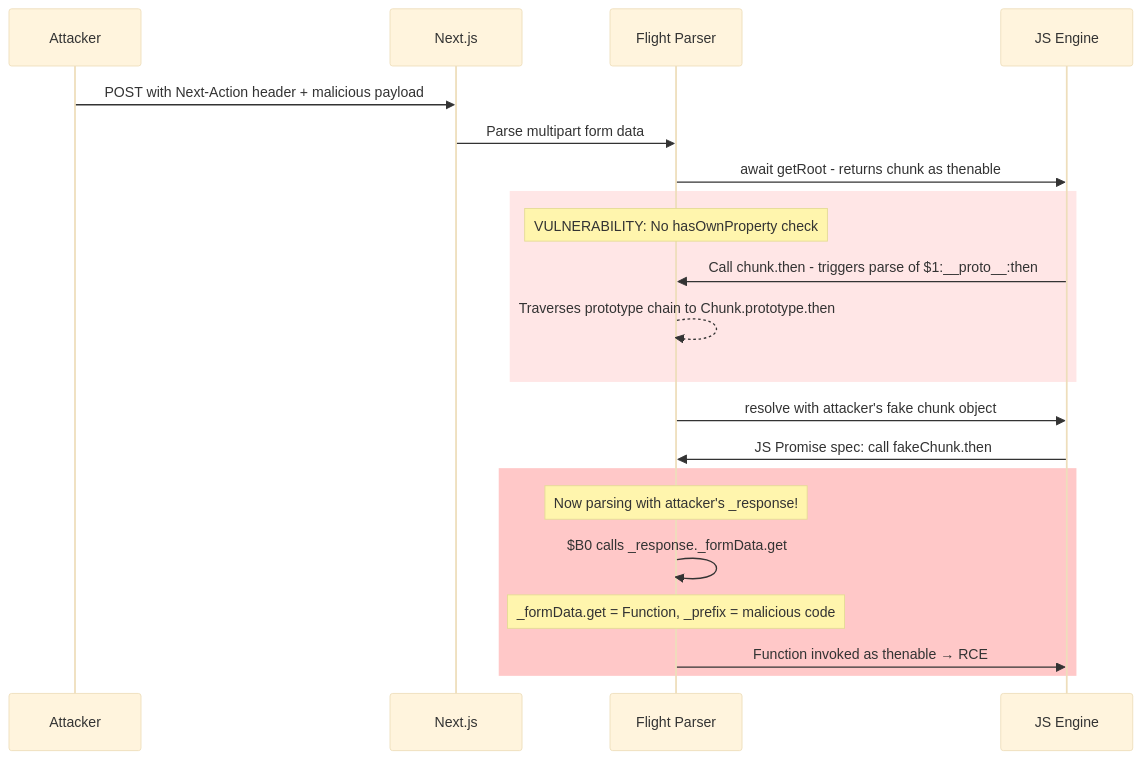
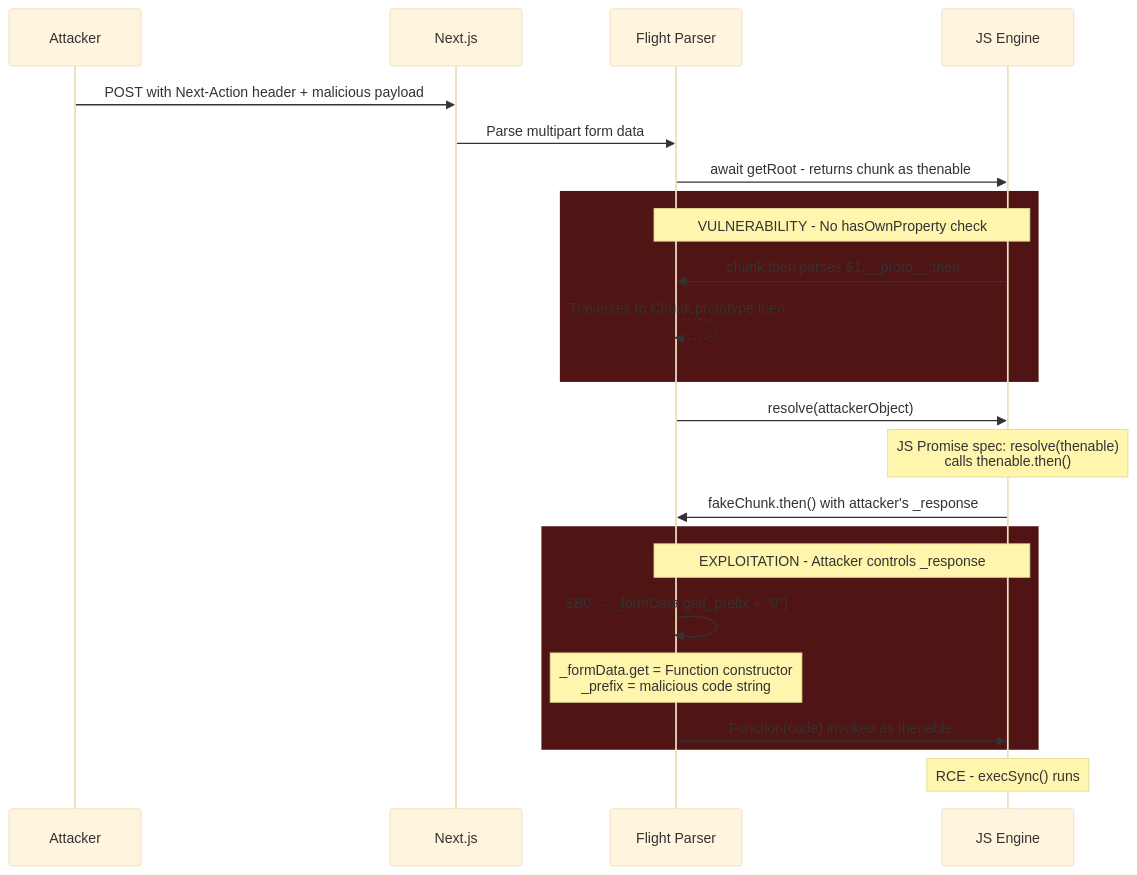
The diagram in README.md (freeqaz/react2shell), drawn with Mermaid (base theme) before and after one commit.

Commit message:
Fix mermaid diagram contrast for dark mode

````diff
--- a/README.md
+++ b/README.md
@@ -233,27 +233,30 @@
 ```mermaid
 sequenceDiagram
     participant A as Attacker
     participant N as Next.js
     participant F as Flight Parser
     participant JS as JS Engine
 
     A->>N: POST with Next-Action header + malicious payload
     N->>F: Parse multipart form data
     F->>JS: await getRoot - returns chunk as thenable
 
-    rect rgb(255, 230, 230)
-        Note over F: VULNERABILITY: No hasOwnProperty check
-        JS->>F: Call chunk.then - triggers parse of $1:__proto__:then
-        F-->>F: Traverses prototype chain to Chunk.prototype.then
+    rect rgb(80, 20, 20)
+        Note over F,JS: VULNERABILITY - No hasOwnProperty check
+        JS->>F: chunk.then parses $1:__proto__:then
+        F-->>F: Traverses to Chunk.prototype.then
     end
 
-    F->>JS: resolve with attacker's fake chunk object
-    JS->>F: JS Promise spec: call fakeChunk.then
+    F->>JS: resolve(attackerObject)
+    Note over JS: JS Promise spec: resolve(thenable)<br/>calls thenable.then()
+    JS->>F: fakeChunk.then() with attacker's _response
 
-    rect rgb(255, 200, 200)
-        Note over F: Now parsing with attacker's _response!
-        F->>F: $B0 calls _response._formData.get
-        Note over F: _formData.get = Function, _prefix = malicious code
-        F->>JS: Function invoked as thenable → RCE
+    rect rgb(80, 20, 20)
+        Note over F,JS: EXPLOITATION - Attacker controls _response
+        F->>F: $B0 → _formData.get(_prefix + "0")
+        Note over F: _formData.get = Function constructor<br/>_prefix = malicious code string
+        F->>JS: Function(code) invoked as thenable
     end
+
+    Note over JS: RCE - execSync() runs
 ```
````
